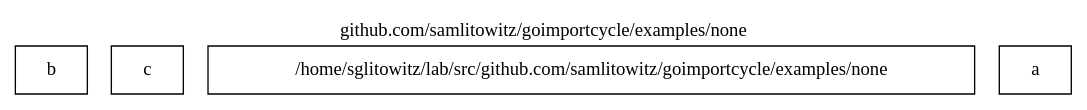
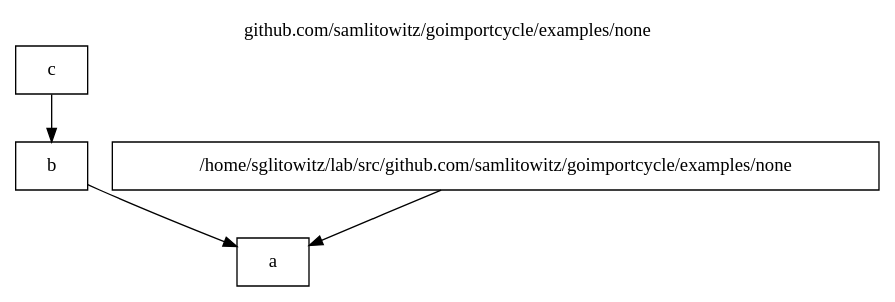
The diagram in assets/examples/none/package.dot (samlitowitz/goimportcycle), drawn with Graphviz before and after one commit. The commit also changed 42 other files, not shown here.

```diff
--- a/assets/examples/none/package.dot
+++ b/assets/examples/none/package.dot
@@ -1,12 +1,15 @@
 
 digraph {
 	labelloc="t";
 	label="github.com/samlitowitz/goimportcycle/examples/none";
 	rankdir="TB";
 	node [shape="rect"];
 
-	pkg_b [label="b", style="filled", fontcolor="#000000", fillcolor="#ffffff"];
 	pkg_c [label="c", style="filled", fontcolor="#000000", fillcolor="#ffffff"];
 	pkg_main [label="/home/sglitowitz/lab/src/github.com/samlitowitz/goimportcycle/examples/none", style="filled", fontcolor="#000000", fillcolor="#ffffff"];
 	pkg_a [label="a", style="filled", fontcolor="#000000", fillcolor="#ffffff"];
+	pkg_b [label="b", style="filled", fontcolor="#000000", fillcolor="#ffffff"];
+	pkg_c -> pkg_b [color="#000000"];
+	pkg_main -> pkg_a [color="#000000"];
+	pkg_b -> pkg_a [color="#000000"];
 }
```
